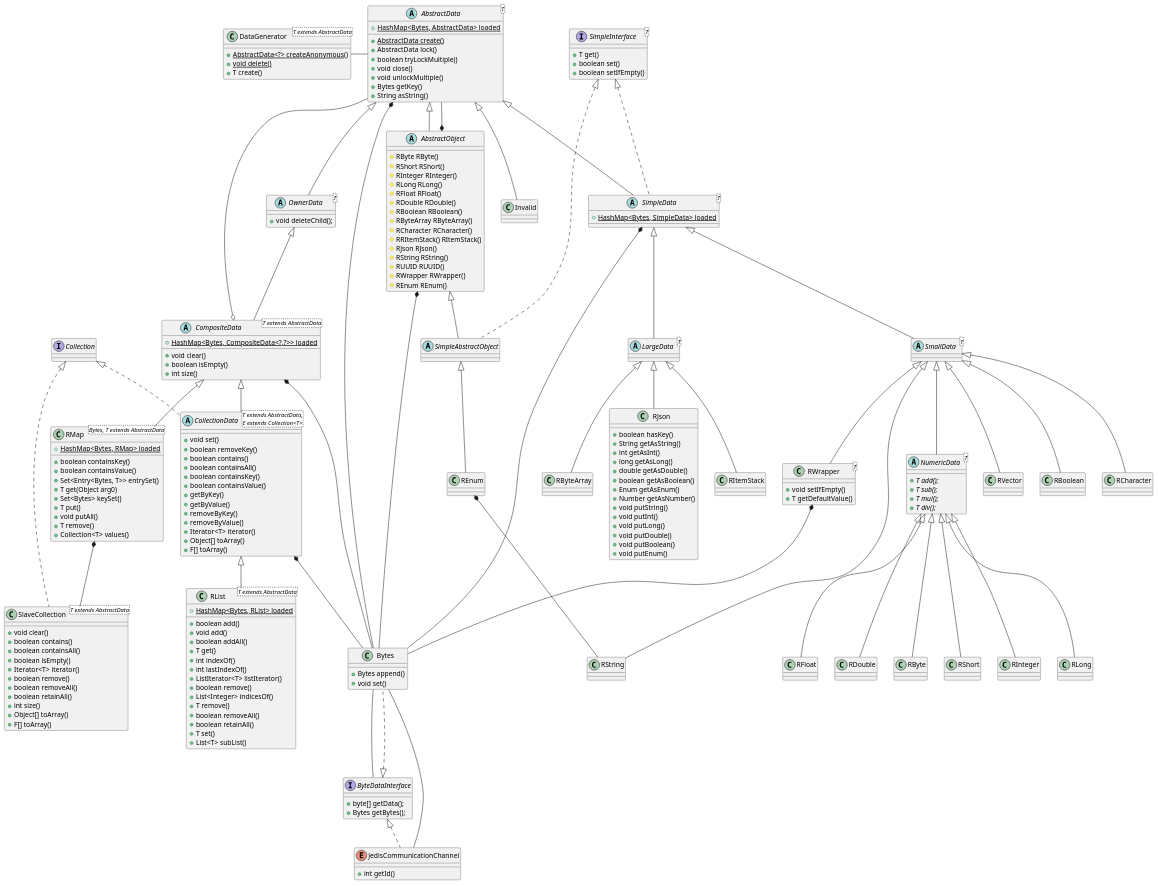
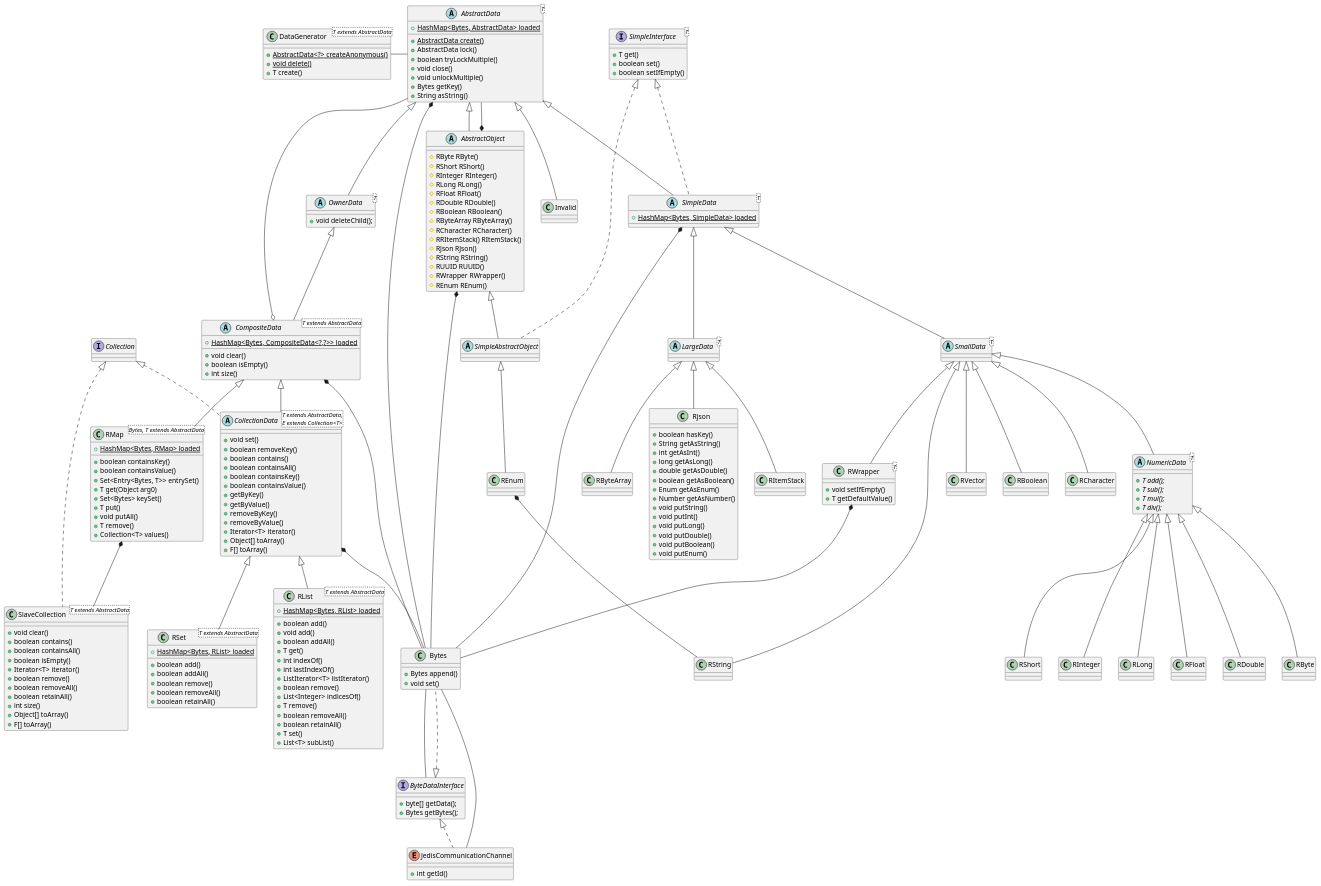
Before and after one commit to chrisb09/firecord: the diagram in DataTypes.puml, drawn with PlantUML. The commit also changed 1 other file, not shown here.

Commit message:
update DataType diagram

```diff
--- a/DataTypes.puml
+++ b/DataTypes.puml
@@ -174,6 +174,15 @@
 
 }
 
+class RSet <T extends AbstractData> extends CollectionData {
+    + {static} HashMap<Bytes, RList> loaded
+    + boolean add()
+    + boolean addAll()
+    + boolean remove()
+    + boolean removeAll()
+    + boolean retainAll()
+}
+
 class RMap <Bytes, T extends AbstractData> extends CompositeData {
     + {static} HashMap<Bytes, RMap> loaded
     + boolean containsKey()
```
